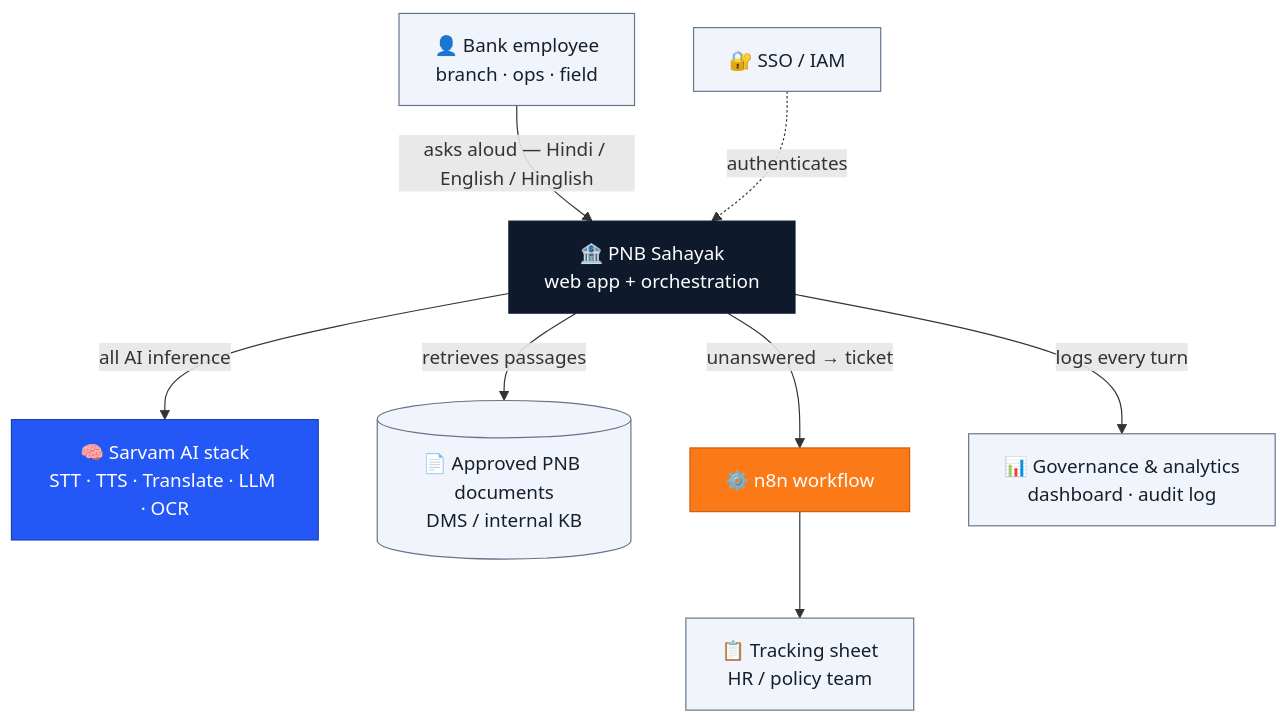
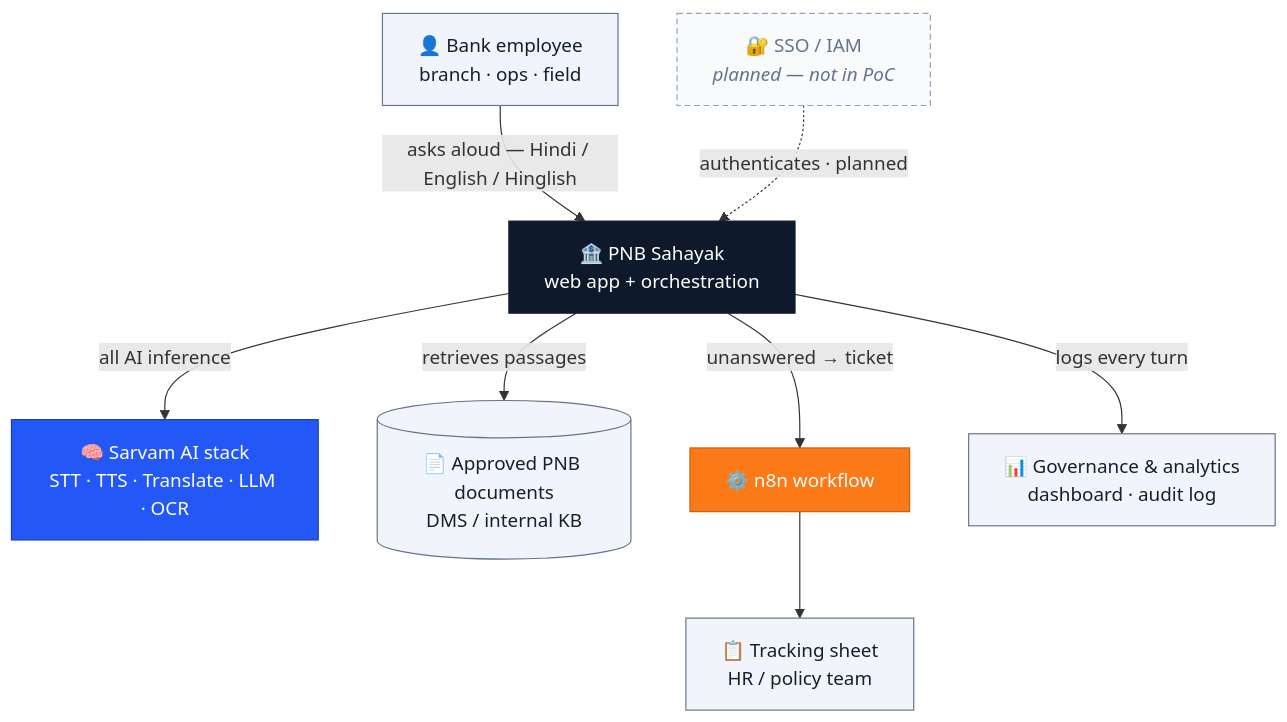
One commit to vihb09/pnb-sahayak changed the first of 6 diagrams in docs/architecture.md. Above: the diagram before and after it, drawn with Mermaid. The commit also changed other lines of this file and 2 other files, not shown here.

First line of the commit message:
Mark SSO/IAM as planned (not built) in the architecture doc & diagrams

````diff
--- a/docs/architecture.md
+++ b/docs/architecture.md
@@ -23,25 +23,26 @@
 ```mermaid
 flowchart TB
     EMP["👤 Bank employee<br/>branch · ops · field"]:::actor
-    IAM["🔐 SSO / IAM"]:::actor
+    IAM["🔐 SSO / IAM<br/><i>planned — not in PoC</i>"]:::planned
     APP["🏦 PNB Sahayak<br/>web app + orchestration"]:::app
     SARV["🧠 Sarvam AI stack<br/>STT · TTS · Translate · LLM · OCR"]:::sarvam
     KB[("📄 Approved PNB documents<br/>DMS / internal KB")]:::store
     N8N["⚙️ n8n workflow"]:::escalate
     SHEET["📋 Tracking sheet<br/>HR / policy team"]:::store
     GOV["📊 Governance & analytics<br/>dashboard · audit log"]:::store
 
     EMP -->|"asks aloud — Hindi / English / Hinglish"| APP
-    IAM -.->|authenticates| APP
+    IAM -.->|"authenticates · planned"| APP
     APP -->|all AI inference| SARV
     APP -->|retrieves passages| KB
     APP -->|"unanswered → ticket"| N8N
     N8N --> SHEET
     APP -->|logs every turn| GOV
 
     classDef actor fill:#F1F5FB,stroke:#64748B,color:#15202E;
     classDef app fill:#0E1A2B,stroke:#0E1A2B,color:#ffffff;
     classDef sarvam fill:#2458F6,stroke:#1B3FB0,color:#ffffff;
     classDef escalate fill:#FB7A17,stroke:#C85F0E,color:#ffffff;
     classDef store fill:#F1F5FB,stroke:#64748B,color:#15202E;
+    classDef planned fill:#F8FAFC,stroke:#94A3B8,color:#64748B,stroke-dasharray:5 3;
 ```
````
